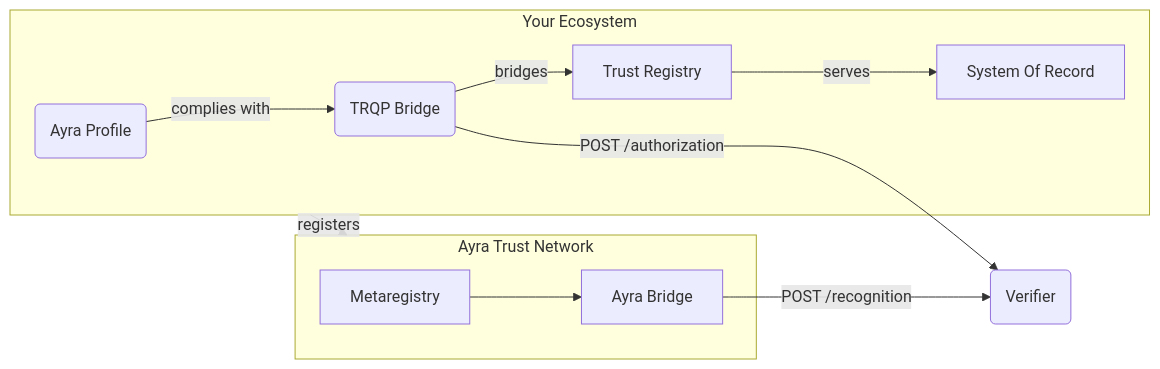
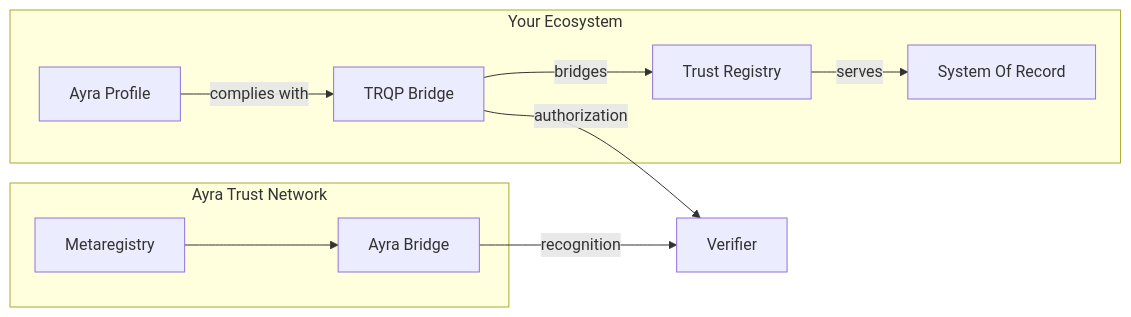
The first of 3 diagrams in guides/implementers_guide.md (ayraforum/ayra-trust-registry-resources), drawn with Mermaid before and after one commit.

Commit message:
attempting to fix (hard-coded) Mermaid 8.8.0 issue

````diff
--- a/guides/implementers_guide.md
+++ b/guides/implementers_guide.md
@@ -52,20 +52,19 @@
 ```mermaid
 graph LR
-  subgraph ATN[Ayra Trust Network]
+  subgraph Ayra Trust Network
     Metaregistry
-    AyraTRQPBridge[Ayra Bridge]
+    AyraBridge[Ayra Bridge]
   end
-  subgraph Ecosystem[Your Ecosystem]
-    Profile(Ayra Profile)
-    Bridge(TRQP Bridge)
+  subgraph Your Ecosystem
+    Profile[Ayra Profile]
+    Bridge[TRQP Bridge]
     TR[Trust Registry]
     SoR[System Of Record]
   end
   Profile -->|complies with| Bridge
   Bridge -->|bridges| TR
   TR -->|serves| SoR
-  Ecosystem -->|registers| ATN
-  Bridge -->|POST /authorization| V(Verifier)
-  Metaregistry --> AyraTRQPBridge
-  AyraTRQPBridge -->|POST /recognition| V
+  Bridge -->|authorization| V[Verifier]
+  Metaregistry --> AyraBridge
+  AyraBridge -->|recognition| V
 ```
````
